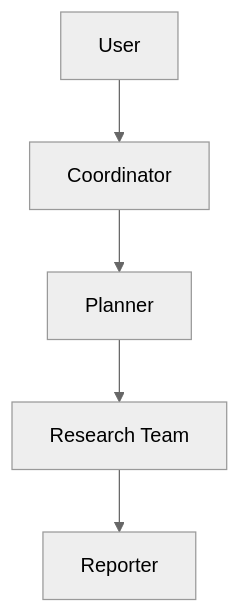
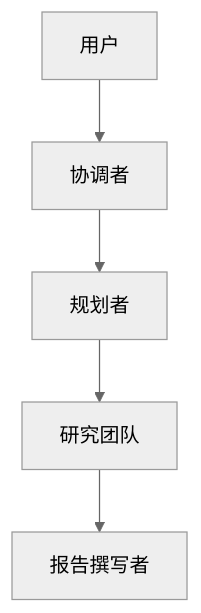
The second of 3 diagrams in skills/public/github-deep-research/SKILL.md (GeFlowers/easy-flow), drawn with Mermaid (neutral theme) before and after one commit. The commit also changed other lines of this file and 678 other files, not shown here.

````diff
--- a/skills/public/github-deep-research/SKILL.md
+++ b/skills/public/github-deep-research/SKILL.md
@@ -105,7 +114,7 @@
 ```mermaid
 flowchart TD
-    A[User] --> B[Coordinator]
-    B --> C[Planner]
-    C --> D[Research Team]
-    D --> E[Reporter]
+    A[用户] --> B[协调者]
+    B --> C[规划者]
+    C --> D[研究团队]
+    D --> E[报告撰写者]
 ```
````
